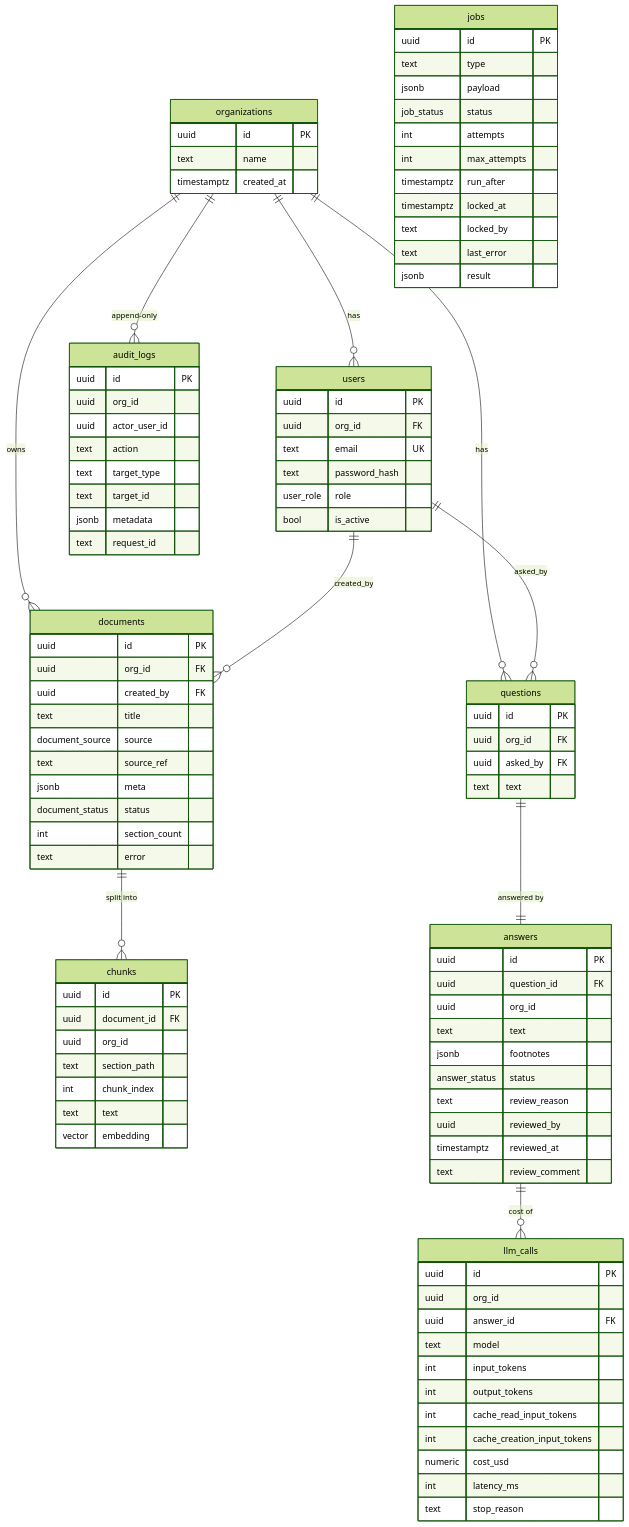
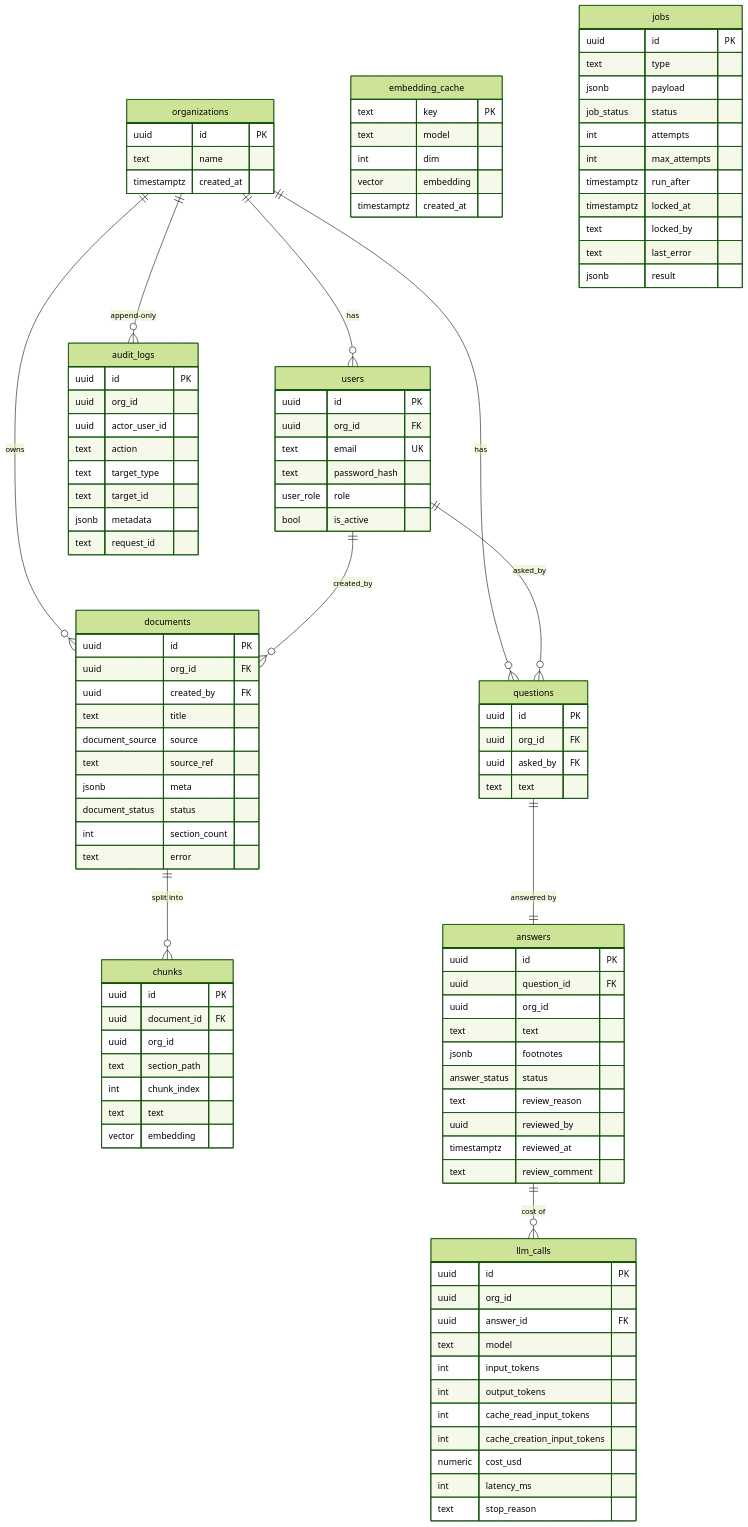
Before and after one commit to giwook-dev/footnote-rag: the second of 5 diagrams in docs/architecture.md, drawn with Mermaid (forest theme). The commit also changed other lines of this file and 21 other files, not shown here.

````diff
--- a/docs/architecture.md
+++ b/docs/architecture.md
@@ -29,22 +29,23 @@
 ```mermaid
 erDiagram
     organizations ||--o{ users : has
     organizations ||--o{ documents : owns
     users ||--o{ documents : created_by
     documents ||--o{ chunks : "split into"
     organizations ||--o{ questions : has
     users ||--o{ questions : asked_by
     questions ||--|| answers : "answered by"
     answers ||--o{ llm_calls : "cost of"
     organizations ||--o{ audit_logs : "append-only"
 
     organizations { uuid id PK  text name  timestamptz created_at }
     users { uuid id PK  uuid org_id FK  text email UK  text password_hash  user_role role  bool is_active }
     documents { uuid id PK  uuid org_id FK  uuid created_by FK  text title  document_source source  text source_ref  jsonb meta  document_status status  int section_count  text error }
     chunks { uuid id PK  uuid document_id FK  uuid org_id  text section_path  int chunk_index  text text  vector embedding }
+    embedding_cache { text key PK  text model  int dim  vector embedding  timestamptz created_at }
     jobs { uuid id PK  text type  jsonb payload  job_status status  int attempts  int max_attempts  timestamptz run_after  timestamptz locked_at  text locked_by  text last_error  jsonb result }
     questions { uuid id PK  uuid org_id FK  uuid asked_by FK  text text }
     answers { uuid id PK  uuid question_id FK  uuid org_id  text text  jsonb footnotes  answer_status status  text review_reason  uuid reviewed_by  timestamptz reviewed_at  text review_comment }
     llm_calls { uuid id PK  uuid org_id  uuid answer_id FK  text model  int input_tokens  int output_tokens  int cache_read_input_tokens  int cache_creation_input_tokens  numeric cost_usd  int latency_ms  text stop_reason }
     audit_logs { uuid id PK  uuid org_id  uuid actor_user_id  text action  text target_type  text target_id  jsonb metadata  text request_id }
 ```
````
